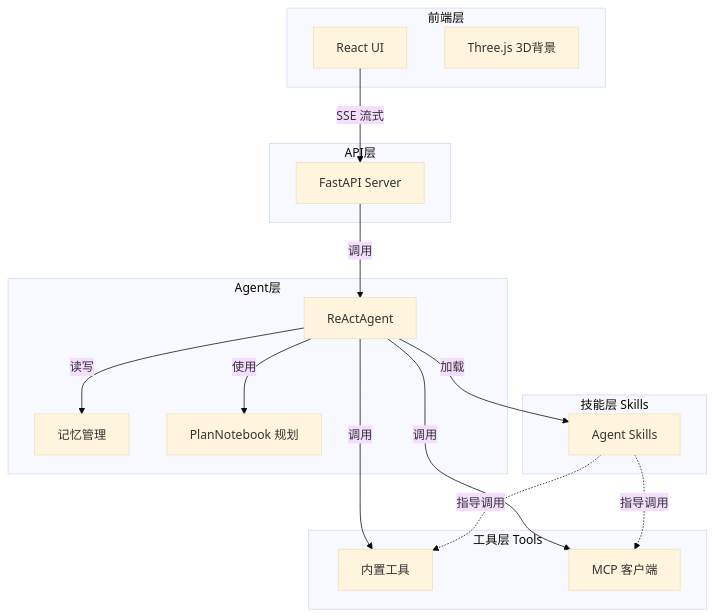
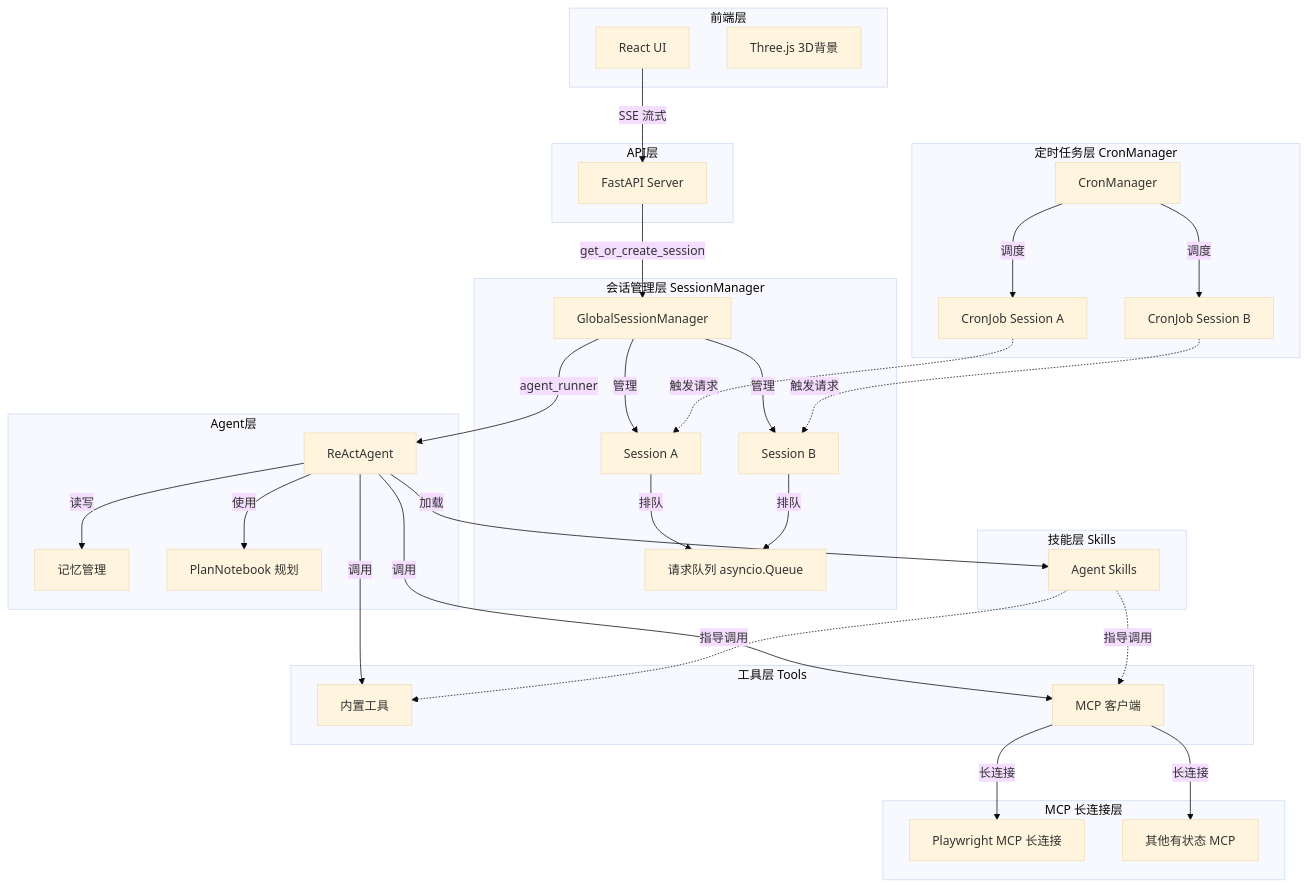
Before and after one commit to owenliang/openclaw: the diagram in README.md, drawn with Mermaid (base theme). The commit also changed other lines of this file, not shown here.

````diff
--- a/README.md
+++ b/README.md
@@ -30,36 +32,65 @@
 ```mermaid
 graph TB
     subgraph "前端层"
         UI[React UI]
         ThreeJS[Three.js 3D背景]
     end
 
     subgraph "API层"
         FastAPI[FastAPI Server]
+    end
+
+    subgraph "会话管理层 SessionManager"
+        SessionMgr[GlobalSessionManager]
+        ReqQueue[请求队列 asyncio.Queue]
+        Session1[Session A]
+        Session2[Session B]
+        SessionMgr -->|管理| Session1
+        SessionMgr -->|管理| Session2
+        Session1 -->|排队| ReqQueue
+        Session2 -->|排队| ReqQueue
     end
 
     subgraph "Agent层"
         ReAct[ReActAgent]
         Memory[记忆管理]
         Plan[PlanNotebook 规划]
     end
 
     subgraph "技能层 Skills"
         Skills[Agent Skills]
     end
 
     subgraph "工具层 Tools"
         BuiltIn[内置工具]
         MCP[MCP 客户端]
     end
 
+    subgraph "MCP 长连接层"
+        MCPState1[Playwright MCP 长连接]
+        MCPState2[其他有状态 MCP]
+    end
+
+    subgraph "定时任务层 CronManager"
+        CronMgr[CronManager]
+        CronJob1[CronJob Session A]
+        CronJob2[CronJob Session B]
+        CronMgr -->|调度| CronJob1
+        CronMgr -->|调度| CronJob2
+        CronJob1 -.->|触发请求| Session1
+        CronJob2 -.->|触发请求| Session2
+    end
+
     UI -->|SSE 流式| FastAPI
-    FastAPI -->|调用| ReAct
+    FastAPI -->|get_or_create_session| SessionMgr
+    SessionMgr -->|agent_runner| ReAct
     ReAct -->|加载| Skills
     ReAct -->|调用| BuiltIn
     ReAct -->|调用| MCP
     Skills -.->|指导调用| BuiltIn
     Skills -.->|指导调用| MCP
     ReAct -->|读写| Memory
     ReAct -->|使用| Plan
+    MCP -->|长连接| MCPState1
+    MCP -->|长连接| MCPState2
 ```
````
